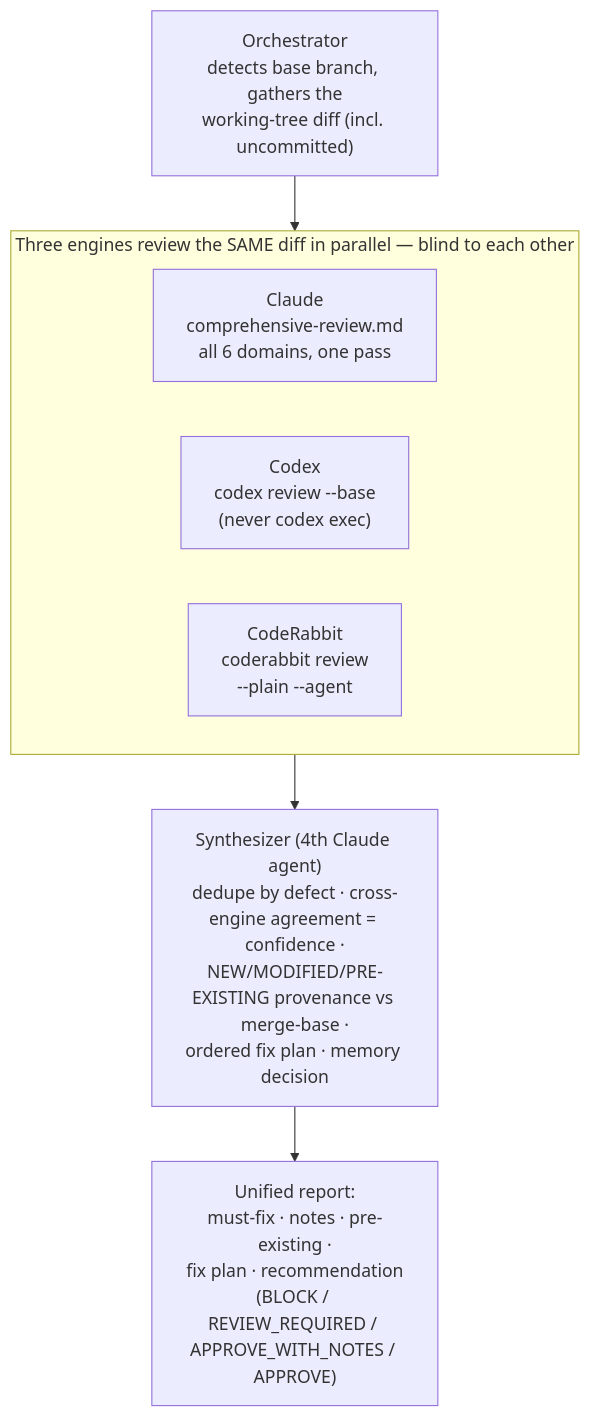
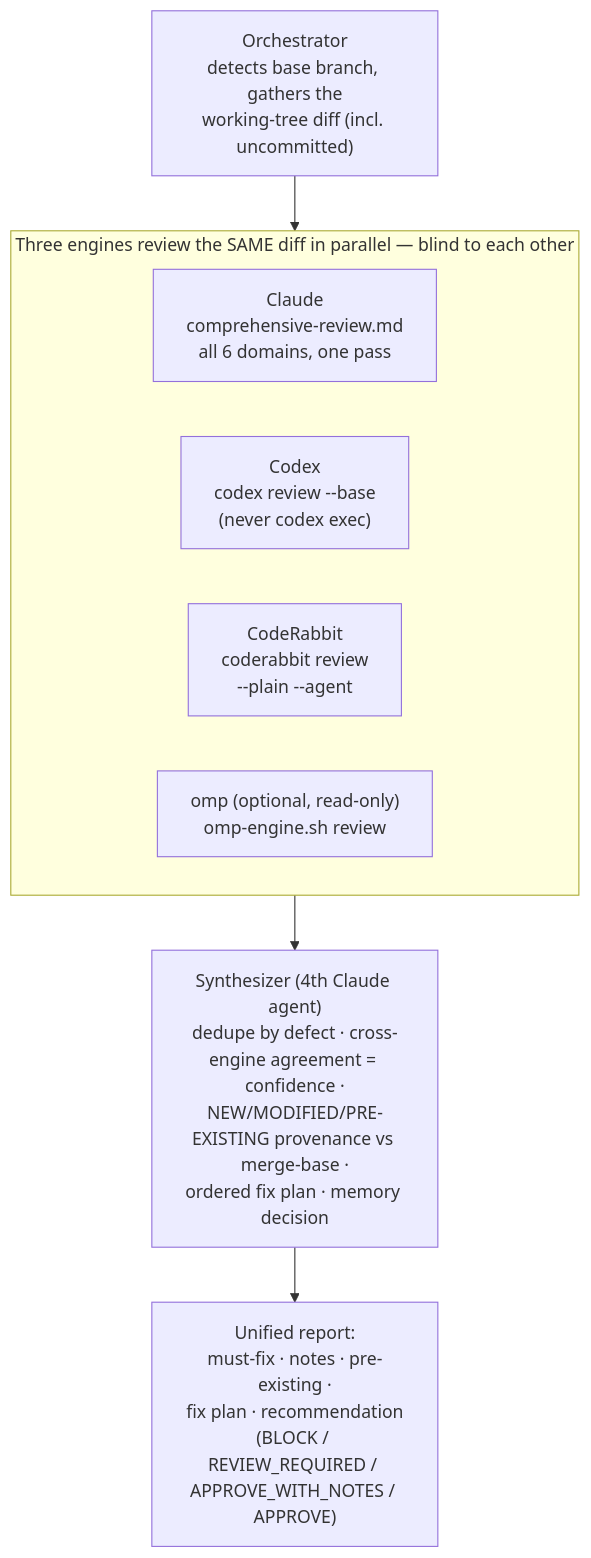
One commit to nodera-studio/agent-os changed the diagram in agents/review-implementation/README.md. Above: the diagram before and after it, drawn with Mermaid. The commit also changed other lines of this file and 91 other files, not shown here.

````diff
--- a/agents/review-implementation/README.md
+++ b/agents/review-implementation/README.md
@@ -7,15 +7,16 @@
 ```mermaid
 flowchart TD
     O["Orchestrator<br/>detects base branch, gathers the<br/>working-tree diff (incl. uncommitted)"] --> ENGINES
 
     subgraph ENGINES["Three engines review the SAME diff in parallel — blind to each other"]
         direction LR
         E1["Claude<br/>comprehensive-review.md<br/>all 6 domains, one pass"]
         E2["Codex<br/>codex review --base<br/>(never codex exec)"]
         E3["CodeRabbit<br/>coderabbit review<br/>--plain --agent"]
+        E4["omp (optional, read-only)<br/>omp-engine.sh review"]
     end
 
     ENGINES --> SYN["Synthesizer (4th Claude agent)<br/>dedupe by defect · cross-engine agreement = confidence ·<br/>NEW/MODIFIED/PRE-EXISTING provenance vs merge-base ·<br/>ordered fix plan · memory decision"]
 
     SYN --> OUT["Unified report:<br/>must-fix · notes · pre-existing ·<br/>fix plan · recommendation<br/>(BLOCK / REVIEW_REQUIRED / APPROVE_WITH_NOTES / APPROVE)"]
 ```
````
